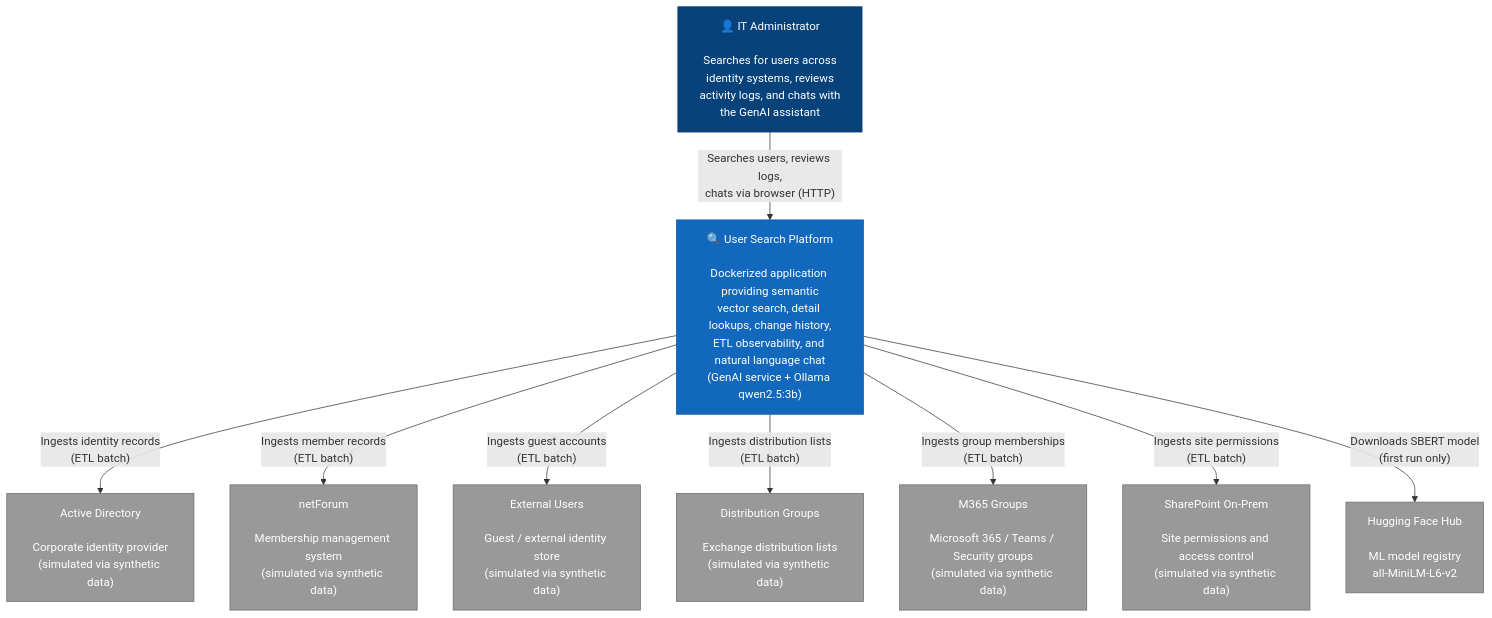
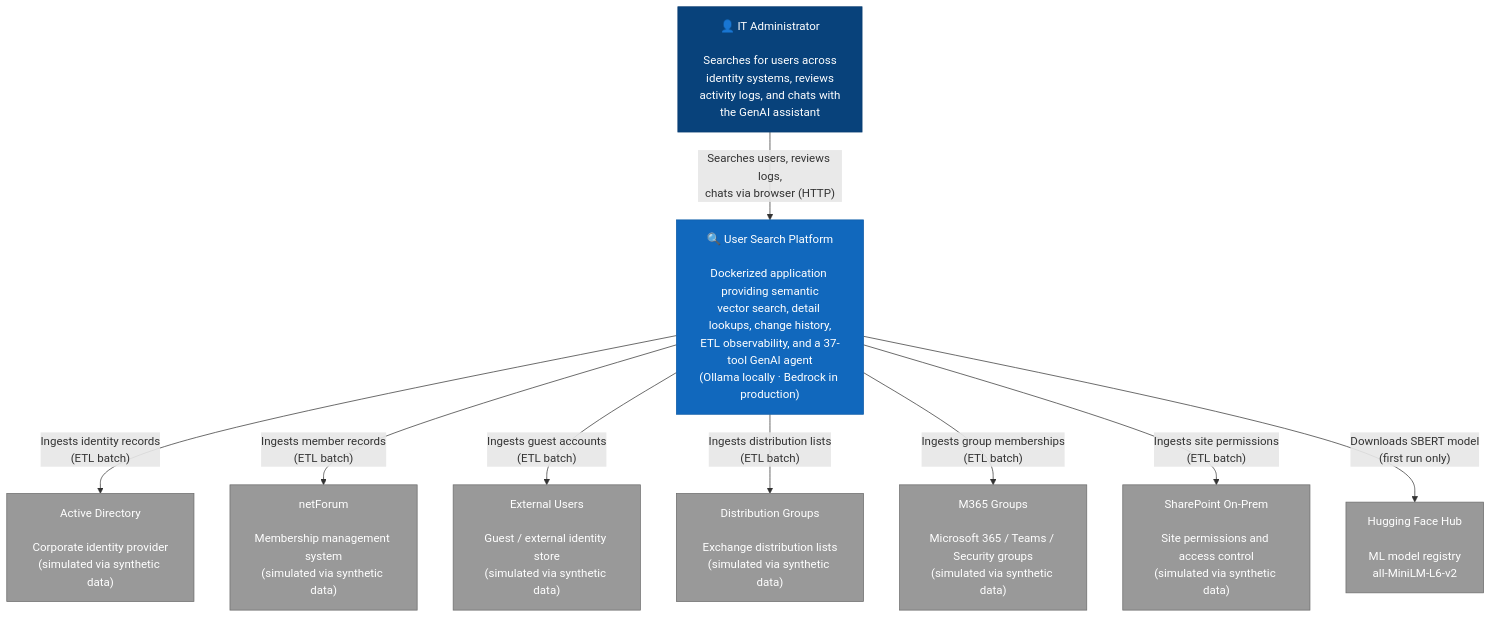
The diagram in docs/diagrams/c4-system-context.md (sjackshaw/user-search), drawn with Mermaid before and after one commit. The commit also changed 17 other files, not shown here.

````diff
--- a/docs/diagrams/c4-system-context.md
+++ b/docs/diagrams/c4-system-context.md
@@ -3,27 +3,27 @@
 ```mermaid
 graph TB
     classDef person fill:#08427B,stroke:#073B6F,color:#fff
     classDef system fill:#1168BD,stroke:#0E5BA7,color:#fff
     classDef external fill:#999999,stroke:#6B6B6B,color:#fff
 
     User["👤 IT Administrator<br/><br/>Searches for users across<br/>identity systems, reviews<br/>activity logs, and chats with<br/>the GenAI assistant"]:::person
 
-    UserSearch["🔍 User Search Platform<br/><br/>Dockerized application providing semantic<br/>vector search, detail lookups, change history,<br/>ETL observability, and natural language chat<br/>(GenAI service + Ollama qwen2.5:3b)"]:::system
+    UserSearch["🔍 User Search Platform<br/><br/>Dockerized application providing semantic<br/>vector search, detail lookups, change history,<br/>ETL observability, and a 37-tool GenAI agent<br/>(Ollama locally · Bedrock in production)"]:::system
 
     AD["Active Directory<br/><br/>Corporate identity provider<br/>(simulated via synthetic data)"]:::external
     NF["netForum<br/><br/>Membership management system<br/>(simulated via synthetic data)"]:::external
     EU["External Users<br/><br/>Guest / external identity store<br/>(simulated via synthetic data)"]:::external
     DG["Distribution Groups<br/><br/>Exchange distribution lists<br/>(simulated via synthetic data)"]:::external
     M365["M365 Groups<br/><br/>Microsoft 365 / Teams / Security groups<br/>(simulated via synthetic data)"]:::external
     SP["SharePoint On-Prem<br/><br/>Site permissions and access control<br/>(simulated via synthetic data)"]:::external
     HF["Hugging Face Hub<br/><br/>ML model registry<br/>all-MiniLM-L6-v2"]:::external
 
     User -->|"Searches users, reviews logs,<br/>chats via browser (HTTP)"| UserSearch
     UserSearch -->|"Ingests identity records<br/>(ETL batch)"| AD
     UserSearch -->|"Ingests member records<br/>(ETL batch)"| NF
     UserSearch -->|"Ingests guest accounts<br/>(ETL batch)"| EU
     UserSearch -->|"Ingests distribution lists<br/>(ETL batch)"| DG
     UserSearch -->|"Ingests group memberships<br/>(ETL batch)"| M365
     UserSearch -->|"Ingests site permissions<br/>(ETL batch)"| SP
     UserSearch -->|"Downloads SBERT model<br/>(first run only)"| HF
 ```
````
